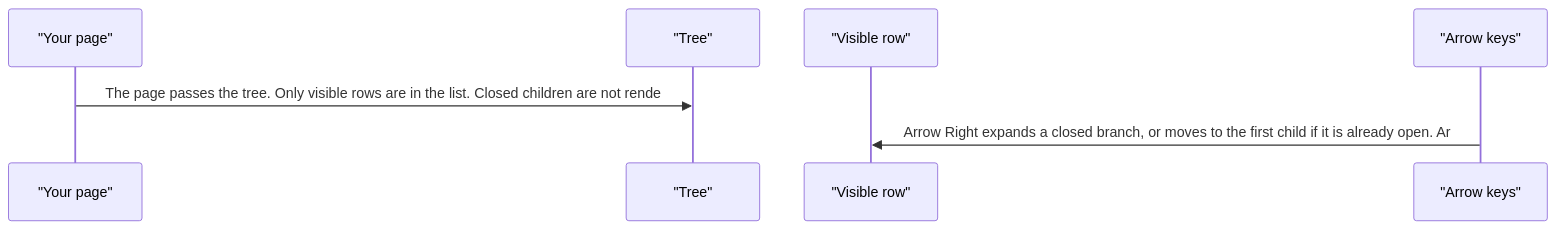
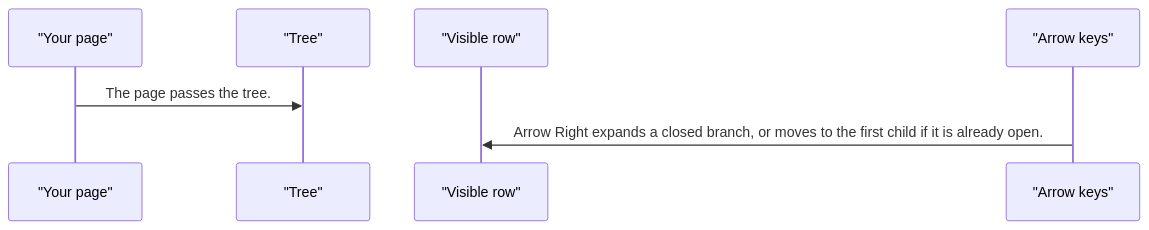
Before and after one commit to RajshekharBorate/pixel-ui: the second of 3 diagrams in projects/pixel-ui/src/lib/pixel-tree/DESIGN.md, drawn with Mermaid. The commit also changed other lines of this file and 80 other files, not shown here.

Commit message:
Fill missing design flows and correct the stories that did not match component behavior.

````diff
--- a/projects/pixel-ui/src/lib/pixel-tree/DESIGN.md
+++ b/projects/pixel-ui/src/lib/pixel-tree/DESIGN.md
@@ -49,9 +49,9 @@
 ```mermaid
 sequenceDiagram
   participant page as "Your page"
   participant tree as "Tree"
   participant row as "Visible row"
   participant keys as "Arrow keys"
-  page->>tree: The page passes the tree. Only visible rows are in the list. Closed children are not rende
-  keys->>row: Arrow Right expands a closed branch, or moves to the first child if it is already open. Ar
+  page->>tree: The page passes the tree.
+  keys->>row: Arrow Right expands a closed branch, or moves to the first child if it is already open.
 ```
````
